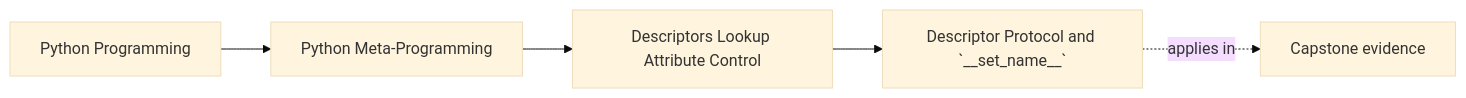
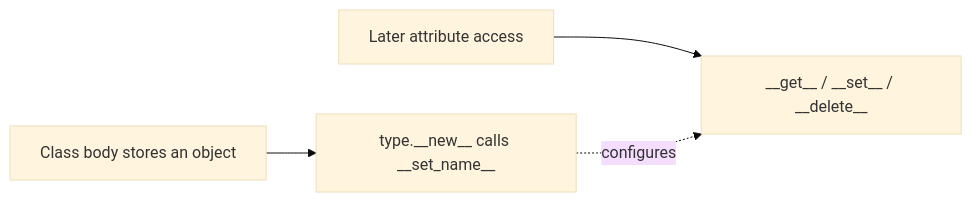
One commit to bijux/bijux-masterclass changed the diagram in programs/python-programming/python-meta-programming/course-book/module-07-descriptors-lookup-attribute-control/descriptor-protocol-and-set-name.md. Above: the diagram before and after it, drawn with Mermaid (base theme). The commit also changed other lines of this file, not shown here.

Commit message:
docs(module-07): separate naming from protocol status

````diff
--- a/programs/python-programming/python-meta-programming/course-book/module-07-descriptors-lookup-attribute-control/descriptor-protocol-and-set-name.md
+++ b/programs/python-programming/python-meta-programming/course-book/module-07-descriptors-lookup-attribute-control/descriptor-protocol-and-set-name.md
@@ -7,11 +6,6 @@
 ```mermaid
-graph LR
-  family["Python Programming"]
-  program["Python Meta-Programming"]
-  section["Descriptors Lookup Attribute Control"]
-  page["Descriptor Protocol and `__set_name__`"]
-  capstone["Capstone evidence"]
-
-  family --> program --> section --> page
-  page -.applies in.-> capstone
+flowchart LR
+  classbody["Class body stores an object"] --> setname["type.__new__ calls __set_name__"]
+  access["Later attribute access"] --> protocol["__get__ / __set__ / __delete__"]
+  setname -.configures.-> protocol
 ```
````
